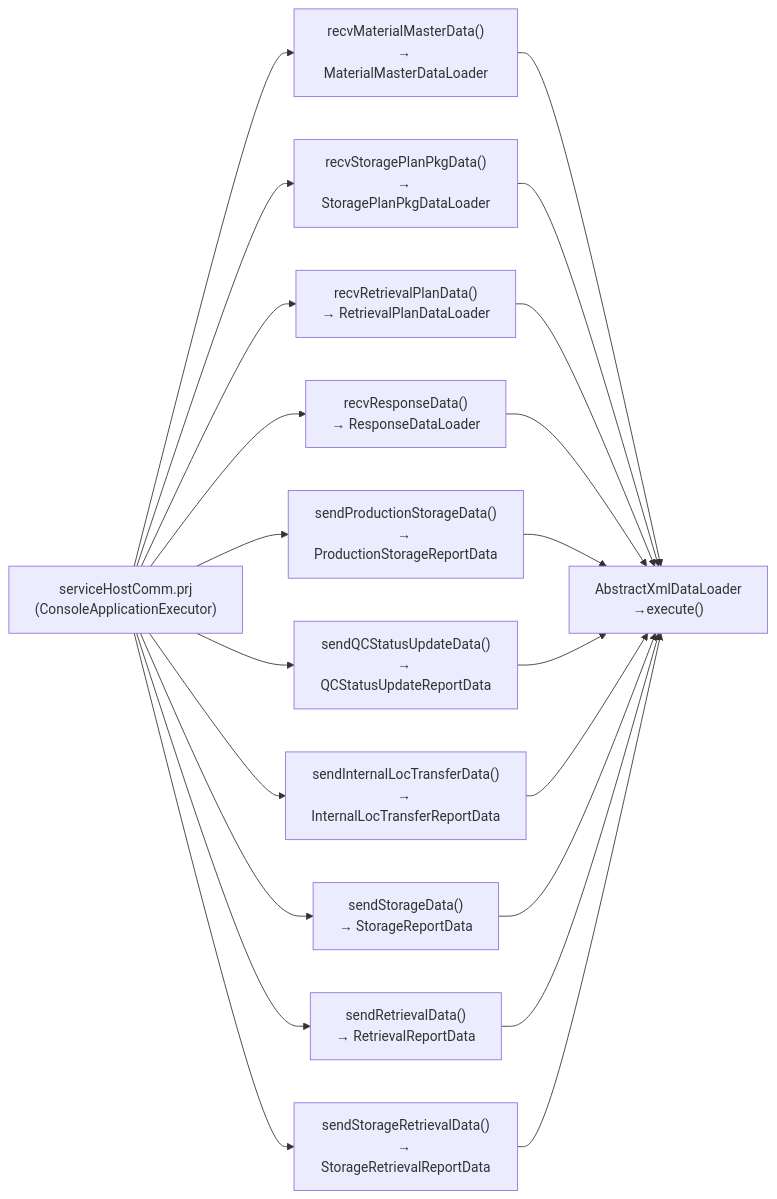
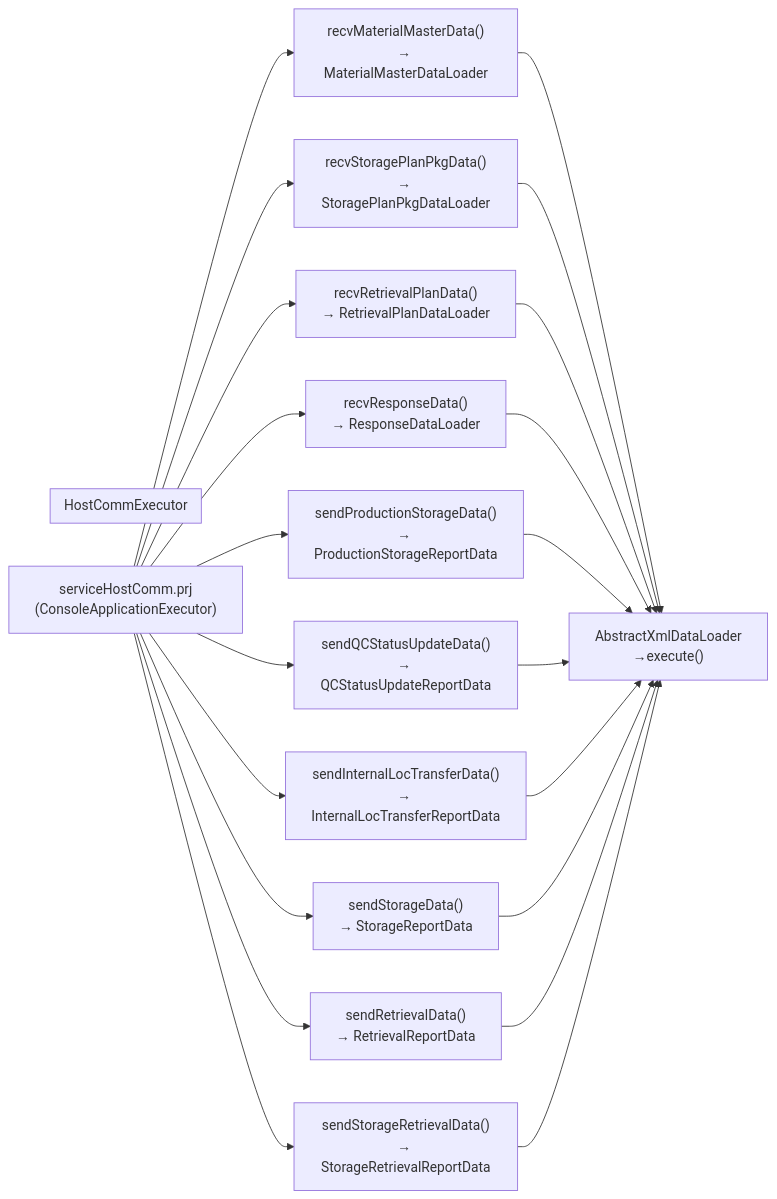
Before and after one commit to luthfiadityaa/SimeDarby-Wiki: the diagram in Basic-Design/Host-Interfaces.md, drawn with Mermaid.

Commit message:
Updated Host Interfaces

```diff
--- a/Basic-Design/Host-Interfaces.md
+++ b/Basic-Design/Host-Interfaces.md
@@ -31,36 +31,39 @@
 ::: mermaid
 flowchart LR
         C1["serviceHostComm.prj<br>(ConsoleApplicationExecutor)"]
         C2["recvMaterialMasterData()<br>→ MaterialMasterDataLoader"]
         C3["recvStoragePlanPkgData()<br>→ StoragePlanPkgDataLoader"]
         C4["recvRetrievalPlanData()<br>→ RetrievalPlanDataLoader"]
         C5["recvResponseData()<br>→ ResponseDataLoader"]
         C6["sendProductionStorageData()<br>→ ProductionStorageReportData"]
         C7["sendQCStatusUpdateData()<br>→ QCStatusUpdateReportData"]
         C8["sendInternalLocTransferData()<br>→ InternalLocTransferReportData"]
         C9["sendStorageData()<br>→ StorageReportData"]
         C10["sendRetrievalData()<br>→ RetrievalReportData"]
         C11["sendStorageRetrievalData()<br>→ StorageRetrievalReportData"]
         C1 --> C2
         C1 --> C3
         C1 --> C4
         C1 --> C5
         C1 --> C6
         C1 --> C7
         C1 --> C8
         C1 --> C9
         C1 --> C10
         C1 --> C11
 
         C12["AbstractXmlDataLoader<br>→execute()"]
         C2 --> C12
         C3 --> C12
         C4 --> C12
         C5 --> C12
         C6 --> C12
         C7 --> C12
         C8 --> C12
         C9 --> C12
         C10 --> C12
         C11 --> C12
+
+subgraph HostCommExecutor
+end
 :::
```
